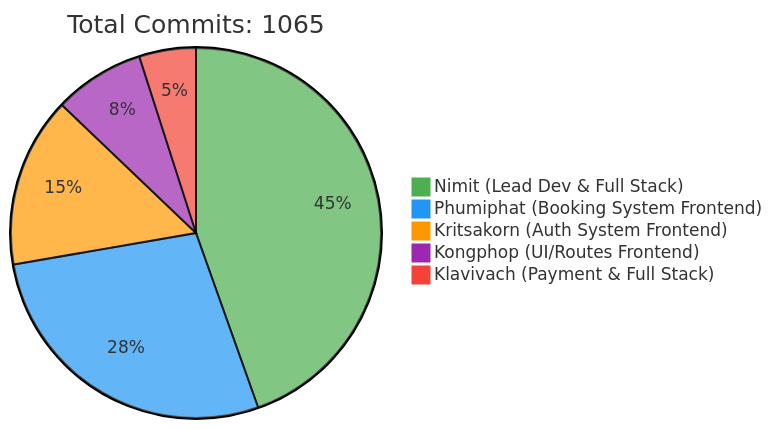
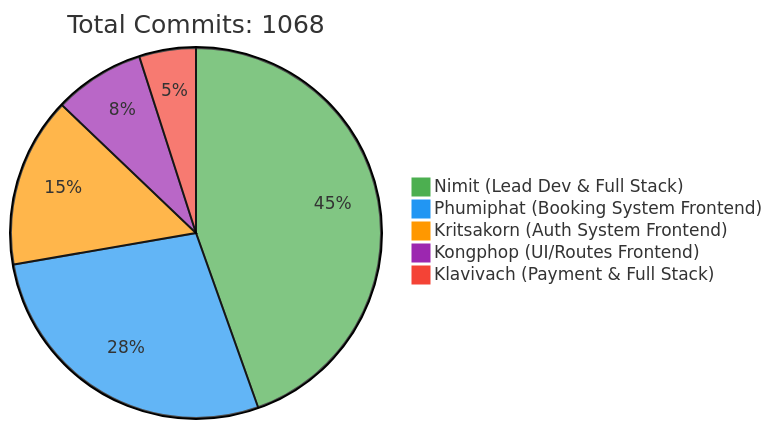
The first of 2 diagrams in README.md (6531503042/Sport-Complex), drawn with Mermaid before and after one commit. The commit also changed other lines of this file, not shown here.

Commit message:
docs: Update contributor statistics [skip ci]

````diff
--- a/README.md
+++ b/README.md
@@ -240,10 +240,10 @@
 ```mermaid
 %%{init: {'theme': 'base', 'themeVariables': { 'pie1': '#4CAF50', 'pie2': '#2196F3', 'pie3': '#FF9800', 'pie4': '#9C27B0', 'pie5': '#F44336'}}}%%
 pie
-    title Total Commits: 1065
+    title Total Commits: 1068
     "Nimit (Lead Dev & Full Stack)" : 450
     "Phumiphat (Booking System Frontend)" : 280
     "Kritsakorn (Auth System Frontend)" : 150
     "Kongphop (UI/Routes Frontend)" : 80
     "Klavivach (Payment & Full Stack)" : 50
 ```
````
